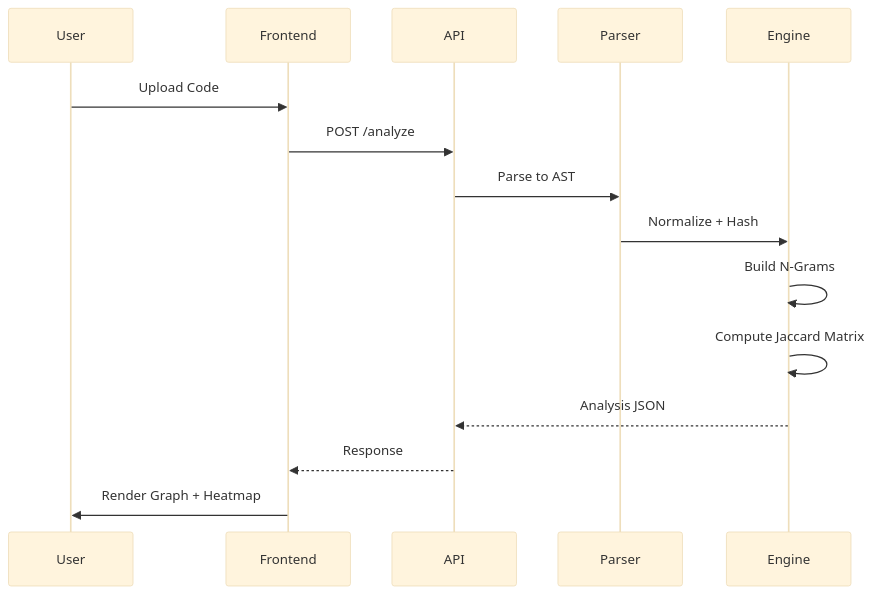
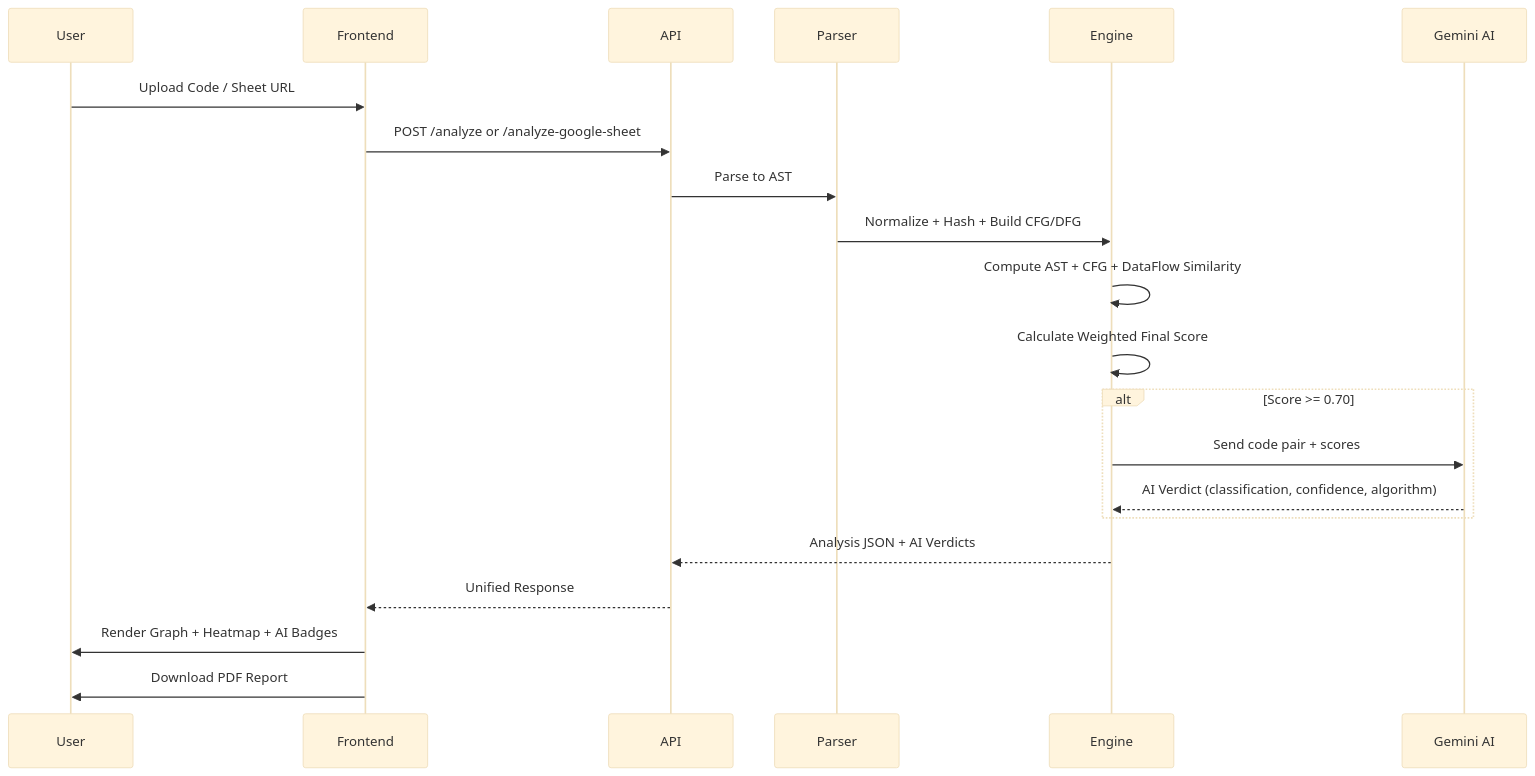
The fifth of 5 diagrams in README.md (AbhimanRajCoder/CLONIQ), drawn with Mermaid (base theme) before and after one commit. The commit also changed other lines of this file, not shown here.

````diff
--- a/README.md
+++ b/README.md
@@ -106,18 +190,26 @@
 ```mermaid
 sequenceDiagram
     participant User
     participant Frontend
     participant API
     participant Parser
     participant Engine
+    participant Gemini as Gemini AI
 
-    User->>Frontend: Upload Code
-    Frontend->>API: POST /analyze
+    User->>Frontend: Upload Code / Sheet URL
+    Frontend->>API: POST /analyze or /analyze-google-sheet
     API->>Parser: Parse to AST
-    Parser->>Engine: Normalize + Hash
-    Engine->>Engine: Build N-Grams
-    Engine->>Engine: Compute Jaccard Matrix
-    Engine-->>API: Analysis JSON
-    API-->>Frontend: Response
-    Frontend->>User: Render Graph + Heatmap
+    Parser->>Engine: Normalize + Hash + Build CFG/DFG
+    Engine->>Engine: Compute AST + CFG + DataFlow Similarity
+    Engine->>Engine: Calculate Weighted Final Score
+
+    alt Score >= 0.70
+        Engine->>Gemini: Send code pair + scores
+        Gemini-->>Engine: AI Verdict (classification, confidence, algorithm)
+    end
+
+    Engine-->>API: Analysis JSON + AI Verdicts
+    API-->>Frontend: Unified Response
+    Frontend->>User: Render Graph + Heatmap + AI Badges
+    Frontend->>User: Download PDF Report
 ```
````
